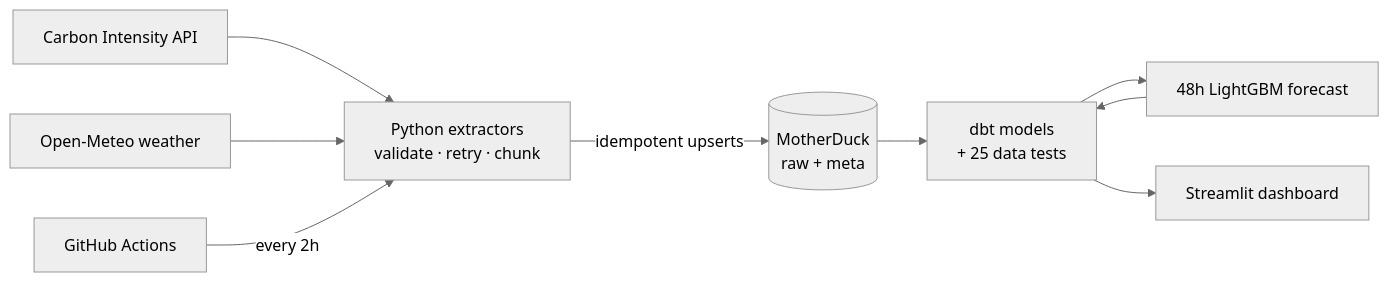
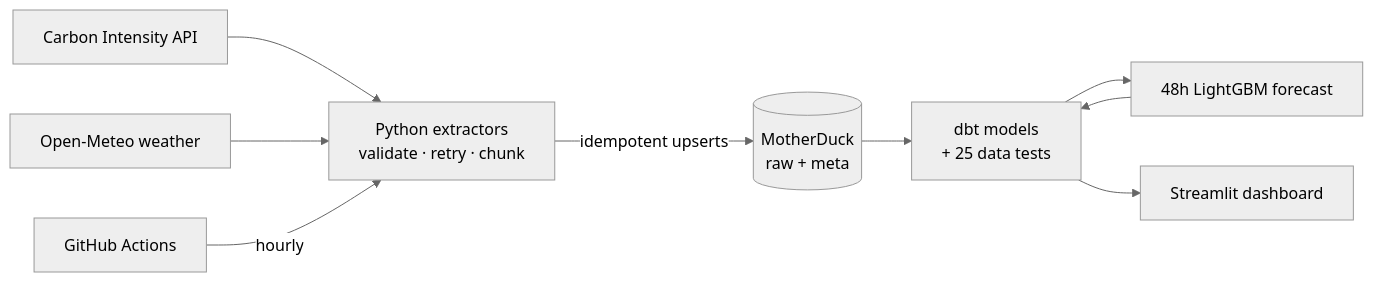
Before and after one commit to p3rpetualpanda/gb-grid-carbon: the diagram in README.md, drawn with Mermaid (neutral theme). The commit also changed other lines of this file and 1 other file, not shown here.

Commit message:
Pipeline: schedule hourly
GitHub skipped about half the 2-hourly scheduled runs (12 of 26 ran since
16 Oct; median gap 4.4 h). Asking hourly gives it twice the chances.

````diff
--- a/README.md
+++ b/README.md
@@ -15,11 +15,11 @@
 ```mermaid
 flowchart LR
   A[Carbon Intensity API] --> E[Python extractors<br/>validate · retry · chunk]
   B[Open-Meteo weather] --> E
   E -->|idempotent upserts| R[(MotherDuck<br/>raw + meta)]
   R --> D[dbt models<br/>+ 25 data tests]
   D --> F[48h LightGBM forecast]
   F --> D
   D --> S[Streamlit dashboard]
-  G[GitHub Actions] -->|every 2h| E
+  G[GitHub Actions] -->|hourly| E
 ```
````
